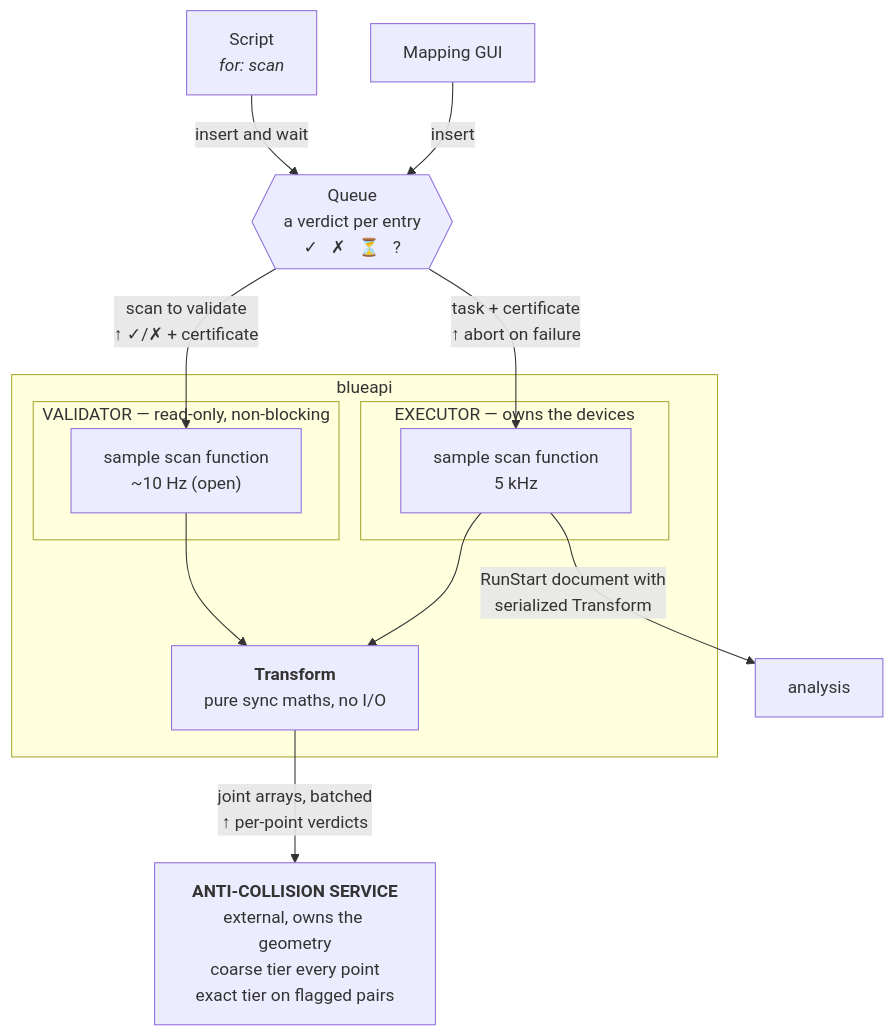
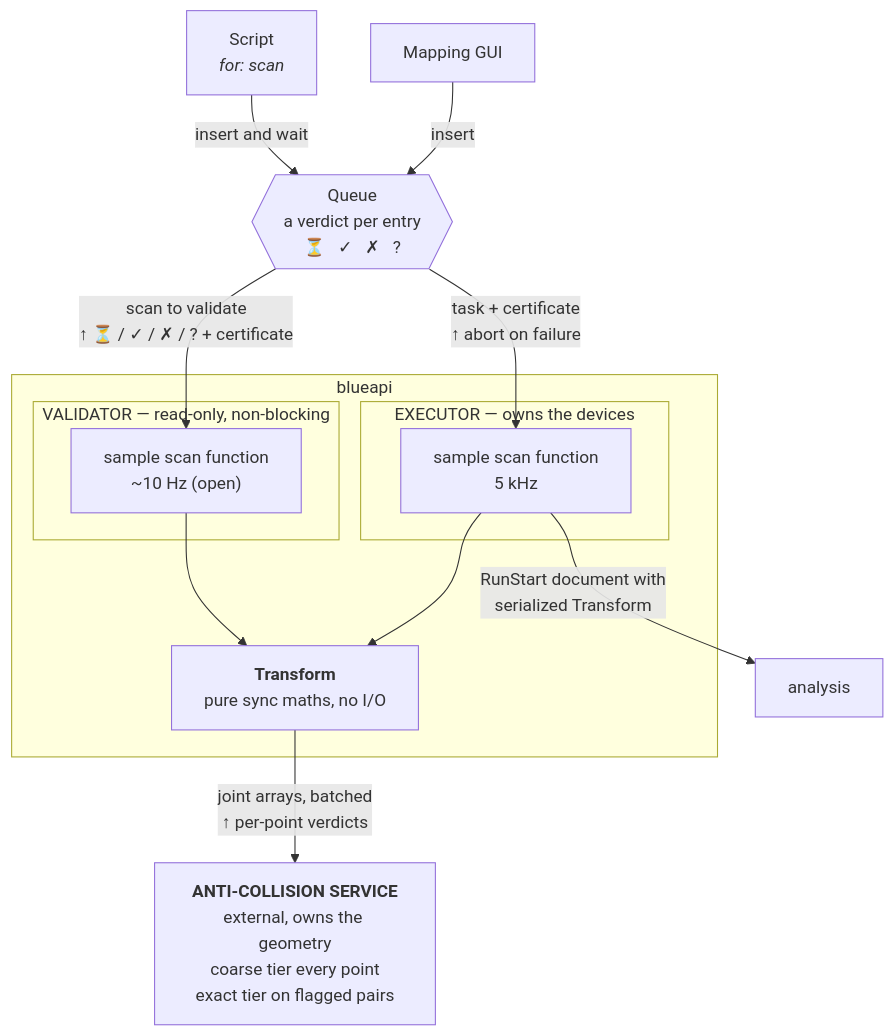
Before and after one commit to coretl/bluesky-architecture: the first of 2 diagrams in docs/explanations/architecture.md, drawn with Mermaid. The commit also changed other lines of this file and 1 other file, not shown here.

First line of the commit message:
Queue states: hourglass first, and the validator can return all four

````diff
--- a/docs/explanations/architecture.md
+++ b/docs/explanations/architecture.md
@@ -29,29 +29,29 @@
 ```{mermaid}
 flowchart TB
     Script["Script<br/><i>for: scan</i>"]
     GUI["Mapping GUI"]
     Script -- "insert and wait" --> Q
     GUI -- "insert" --> Q
-    Q{{"Queue<br/>a verdict per entry<br/>✓ &nbsp; ✗ &nbsp; ⏳ &nbsp; ?"}}
+    Q{{"Queue<br/>a verdict per entry<br/>⏳ &nbsp; ✓ &nbsp; ✗ &nbsp; ?"}}
 
-    Q -- "scan to validate<br/>↑ ✓/✗ + certificate" --> VS
+    Q -- "scan to validate<br/>↑ ⏳ / ✓ / ✗ / ? + certificate" --> VS
     Q -- "task + certificate<br/>↑ abort on failure" --> ES
 
     subgraph BA ["blueapi"]
         subgraph V ["VALIDATOR &mdash; read-only, non-blocking"]
             VS["sample scan function<br/>~10 Hz (open)"]
         end
         subgraph E ["EXECUTOR &mdash; owns the devices"]
             ES["sample scan function<br/>5 kHz"]
         end
         KIN["<b>Transform</b><br/>pure sync maths, no I/O"]
     end
 
     AN["analysis"]
     AC["<b>ANTI-COLLISION SERVICE</b><br/>external, owns the geometry<br/>coarse tier every point<br/>exact tier on flagged pairs"]
 
     VS --> KIN
     ES --> KIN
     ES -- "RunStart document with<br/>serialized Transform" --> AN
     KIN -- "joint arrays, batched<br/>↑ per-point verdicts" --> AC
 ```
````
